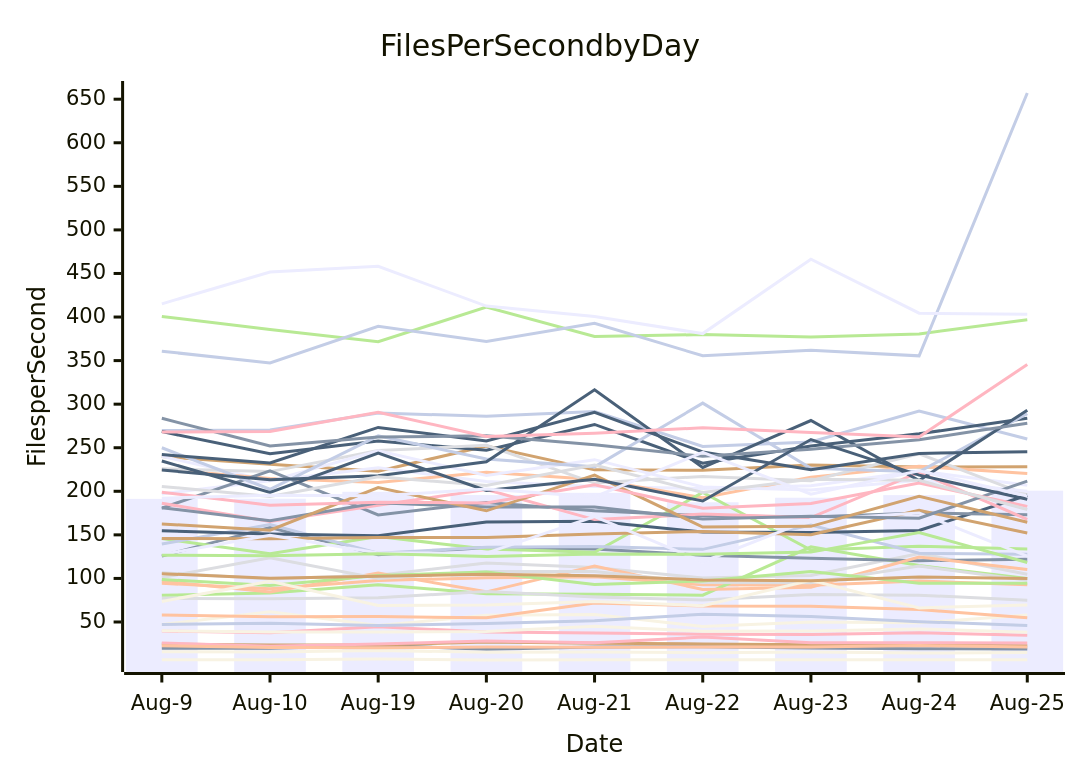
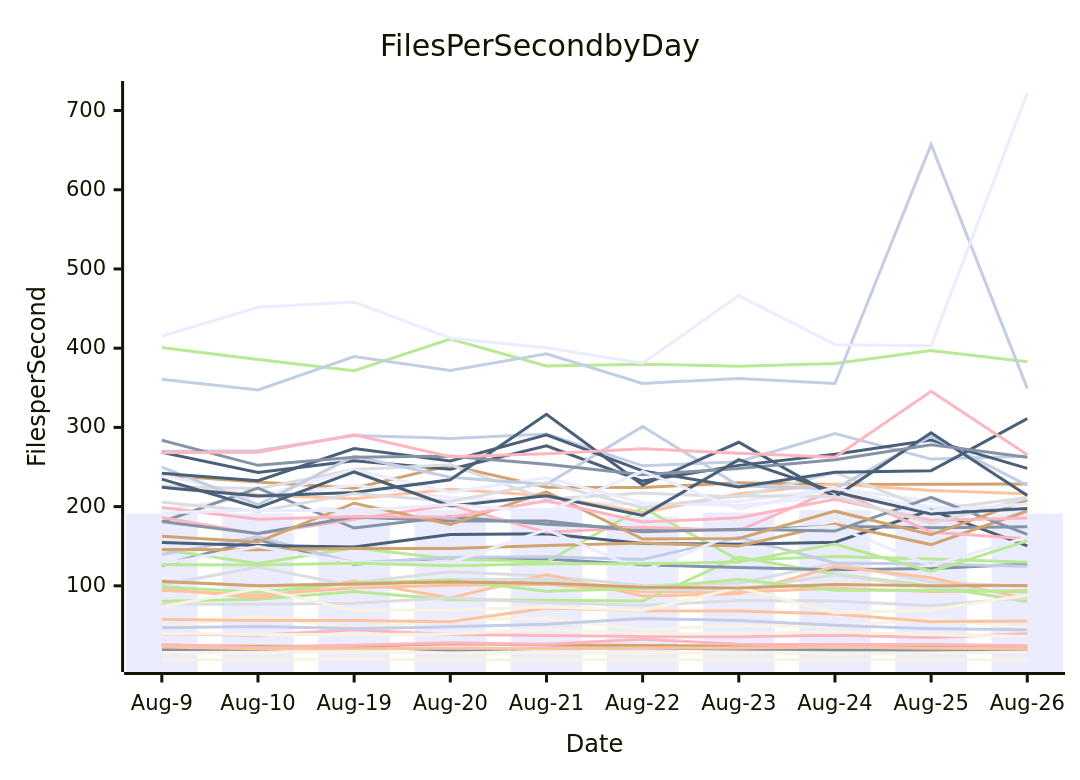
One commit to streetsidesoftware/cspell changed the diagram in perf-report.md. Above: the diagram before and after it, drawn with Mermaid. The commit also changed other lines of this file and 2 other files, not shown here.

````diff
--- a/perf-report.md
+++ b/perf-report.md
@@ -11,57 +11,57 @@
 ```mermaid
 xychart-beta
     title Files Per Second by Day
     y-axis Files per Second
-    x-axis Date [Aug-9, Aug-10, Aug-19, Aug-20, Aug-21, Aug-22, Aug-23, Aug-24, Aug-25]
-    bar [191.27, 191.48, 199.45, 195.67, 198.22, 187.40, 192.61, 195.61, 200.69]
-    line [19.76, 19.87, 23.15, 18.80, 21.30, 21.70, 20.11, 19.24, 18.97]
-    line [94.45, 88.13, 97.66, 100.71, 101.93, 92.80, 92.11, 97.07, 92.83]
-    line [106.66, 99.38, 103.80, 117.71, 112.47, 100.50, 103.30, 128.71, 104.89]
-    line [80.61, 83.15, 92.81, 82.44, 81.86, 80.75, 136.22, 114.72, 99.92]
-    line [239.79, 231.09, 223.10, 252.00, 224.60, 224.17, 230.06, 227.93, 228.22]
-    line [269.81, 270.47, 289.77, 286.14, 291.59, 251.52, 256.69, 292.19, 260.02]
-    line [39.52, 37.52, 44.46, 38.46, 37.42, 35.96, 35.65, 37.61, 34.82]
-    line [268.54, 243.09, 257.77, 247.18, 276.72, 232.23, 252.08, 266.01, 283.94]
-    line [6.78, 6.60, 7.51, 6.38, 6.72, 6.55, 6.77, 6.55, 6.58]
-    line [240.17, 211.99, 227.00, 211.38, 205.51, 203.10, 206.43, 223.33, 206.89]
-    line [125.68, 158.27, 127.25, 135.61, 133.76, 126.70, 123.28, 120.42, 121.90]
-    line [225.24, 214.74, 210.02, 221.88, 213.58, 192.56, 216.27, 228.68, 220.47]
-    line [225.91, 222.58, 246.74, 252.74, 209.47, 217.12, 212.13, 242.98, 195.81]
-    line [145.75, 128.32, 148.05, 133.76, 130.09, 198.58, 132.66, 136.89, 133.84]
-    line [24.65, 23.72, 23.68, 26.94, 25.51, 24.79, 23.76, 23.53, 22.75]
-    line [139.45, 161.93, 128.87, 135.71, 136.66, 133.36, 161.38, 128.87, 127.62]
-    line [25.95, 22.03, 24.86, 28.29, 26.21, 32.71, 26.20, 26.09, 26.00]
-    line [154.75, 150.93, 149.02, 164.86, 165.64, 153.35, 152.64, 155.02, 195.52]
-    line [15.80, 15.53, 17.25, 15.28, 15.49, 14.84, 15.46, 14.39, 15.01]
-    line [196.97, 211.99, 246.59, 218.10, 236.31, 204.94, 201.38, 212.81, 200.01]
-    line [180.75, 223.35, 172.94, 187.16, 177.68, 172.01, 170.49, 175.09, 173.22]
-    line [96.93, 84.41, 106.12, 84.61, 114.12, 87.31, 89.99, 124.55, 110.24]
-    line [77.16, 76.75, 77.91, 84.91, 78.76, 75.34, 81.46, 80.77, 74.97]
-    line [400.74, 385.62, 371.65, 411.46, 377.61, 379.88, 377.18, 380.64, 396.91]
-    line [145.79, 145.58, 147.10, 147.08, 151.07, 153.94, 150.27, 178.09, 152.08]
-    line [249.96, 202.34, 263.67, 236.99, 228.06, 301.20, 226.40, 222.40, 289.06]
-    line [186.27, 165.43, 184.07, 202.12, 167.51, 173.85, 169.85, 221.75, 167.75]
-    line [224.37, 213.27, 217.89, 233.79, 316.48, 227.32, 281.23, 212.31, 293.11]
-    line [47.00, 61.84, 45.89, 57.63, 58.67, 44.77, 49.92, 49.06, 57.90]
-    line [127.47, 149.55, 129.16, 129.10, 170.99, 119.13, 167.47, 175.06, 125.57]
-    line [181.18, 166.12, 186.93, 181.85, 181.88, 168.34, 171.35, 169.12, 211.70]
-    line [57.90, 56.15, 56.35, 54.76, 71.89, 68.47, 68.09, 64.39, 54.76]
-    line [101.07, 123.80, 99.87, 108.06, 107.98, 95.34, 94.96, 114.12, 97.84]
-    line [98.84, 91.76, 103.43, 107.49, 93.08, 97.11, 107.90, 94.53, 94.47]
-    line [162.48, 155.40, 204.32, 177.59, 218.64, 159.00, 159.79, 194.26, 164.45]
-    line [360.76, 347.31, 389.41, 371.89, 392.82, 355.53, 361.83, 355.43, 657.12]
-    line [198.91, 184.05, 187.41, 186.67, 207.48, 180.49, 185.92, 209.38, 182.67]
-    line [242.10, 232.62, 273.32, 257.69, 290.62, 245.10, 224.83, 243.49, 245.36]
-    line [73.60, 96.61, 68.89, 69.48, 73.38, 68.77, 97.84, 66.15, 69.59]
-    line [415.14, 451.69, 458.22, 412.53, 400.53, 380.98, 466.37, 404.40, 403.18]
-    line [283.77, 252.09, 262.36, 263.68, 253.37, 240.18, 248.22, 259.20, 278.18]
-    line [22.84, 20.59, 20.47, 21.22, 20.90, 21.42, 21.40, 22.88, 21.36]
-    line [205.56, 193.98, 216.67, 206.61, 230.20, 198.53, 213.69, 212.64, 179.07]
-    line [126.64, 126.17, 128.45, 125.27, 127.94, 127.77, 130.20, 152.67, 118.34]
-    line [105.46, 100.11, 102.43, 104.89, 103.21, 98.21, 97.36, 101.78, 100.00]
-    line [47.26, 48.66, 46.00, 48.26, 51.42, 58.83, 56.30, 50.38, 45.97]
-    line [268.09, 268.70, 290.78, 262.94, 266.60, 272.93, 267.45, 262.37, 345.57]
-    line [234.76, 198.61, 243.75, 200.90, 213.71, 188.91, 259.37, 218.53, 190.79]
-    line [39.98, 38.63, 38.64, 39.11, 45.24, 39.50, 39.66, 42.07, 38.23]
-    line [192.03, 195.48, 194.87, 202.54, 193.62, 244.63, 196.70, 223.56, 194.58]
+    x-axis Date [Aug-9, Aug-10, Aug-19, Aug-20, Aug-21, Aug-22, Aug-23, Aug-24, Aug-25, Aug-26]
+    bar [191.27, 191.48, 199.45, 195.67, 198.22, 187.40, 192.61, 195.61, 200.69, 191.21]
+    line [19.76, 19.87, 23.15, 18.80, 21.30, 21.70, 20.11, 19.24, 18.97, 18.60]
+    line [94.45, 88.13, 97.66, 100.71, 101.93, 92.80, 92.11, 97.07, 92.83, 94.21]
+    line [106.66, 99.38, 103.80, 117.71, 112.47, 100.50, 103.30, 128.71, 104.89, 99.29]
+    line [80.61, 83.15, 92.81, 82.44, 81.86, 80.75, 136.22, 114.72, 99.92, 80.06]
+    line [239.79, 231.09, 223.10, 252.00, 224.60, 224.17, 230.06, 227.93, 228.22, 228.65]
+    line [269.81, 270.47, 289.77, 286.14, 291.59, 251.52, 256.69, 292.19, 260.02, 263.43]
+    line [39.52, 37.52, 44.46, 38.46, 37.42, 35.96, 35.65, 37.61, 34.82, 39.63]
+    line [268.54, 243.09, 257.77, 247.18, 276.72, 232.23, 252.08, 266.01, 283.94, 248.34]
+    line [6.78, 6.60, 7.51, 6.38, 6.72, 6.55, 6.77, 6.55, 6.58, 6.59]
+    line [240.17, 211.99, 227.00, 211.38, 205.51, 203.10, 206.43, 223.33, 206.89, 190.22]
+    line [125.68, 158.27, 127.25, 135.61, 133.76, 126.70, 123.28, 120.42, 121.90, 127.45]
+    line [225.24, 214.74, 210.02, 221.88, 213.58, 192.56, 216.27, 228.68, 220.47, 216.37]
+    line [225.91, 222.58, 246.74, 252.74, 209.47, 217.12, 212.13, 242.98, 195.81, 211.42]
+    line [145.75, 128.32, 148.05, 133.76, 130.09, 198.58, 132.66, 136.89, 133.84, 129.75]
+    line [24.65, 23.72, 23.68, 26.94, 25.51, 24.79, 23.76, 23.53, 22.75, 23.51]
+    line [139.45, 161.93, 128.87, 135.71, 136.66, 133.36, 161.38, 128.87, 127.62, 124.67]
+    line [25.95, 22.03, 24.86, 28.29, 26.21, 32.71, 26.20, 26.09, 26.00, 24.23]
+    line [154.75, 150.93, 149.02, 164.86, 165.64, 153.35, 152.64, 155.02, 195.52, 150.49]
+    line [15.80, 15.53, 17.25, 15.28, 15.49, 14.84, 15.46, 14.39, 15.01, 16.42]
+    line [196.97, 211.99, 246.59, 218.10, 236.31, 204.94, 201.38, 212.81, 200.01, 195.01]
+    line [180.75, 223.35, 172.94, 187.16, 177.68, 172.01, 170.49, 175.09, 173.22, 174.63]
+    line [96.93, 84.41, 106.12, 84.61, 114.12, 87.31, 89.99, 124.55, 110.24, 83.67]
+    line [77.16, 76.75, 77.91, 84.91, 78.76, 75.34, 81.46, 80.77, 74.97, 84.82]
+    line [400.74, 385.62, 371.65, 411.46, 377.61, 379.88, 377.18, 380.64, 396.91, 382.80]
+    line [145.79, 145.58, 147.10, 147.08, 151.07, 153.94, 150.27, 178.09, 152.08, 194.45]
+    line [249.96, 202.34, 263.67, 236.99, 228.06, 301.20, 226.40, 222.40, 289.06, 226.80]
+    line [186.27, 165.43, 184.07, 202.12, 167.51, 173.85, 169.85, 221.75, 167.75, 159.31]
+    line [224.37, 213.27, 217.89, 233.79, 316.48, 227.32, 281.23, 212.31, 293.11, 214.05]
+    line [47.00, 61.84, 45.89, 57.63, 58.67, 44.77, 49.92, 49.06, 57.90, 47.24]
+    line [127.47, 149.55, 129.16, 129.10, 170.99, 119.13, 167.47, 175.06, 125.57, 161.32]
+    line [181.18, 166.12, 186.93, 181.85, 181.88, 168.34, 171.35, 169.12, 211.70, 164.93]
+    line [57.90, 56.15, 56.35, 54.76, 71.89, 68.47, 68.09, 64.39, 54.76, 55.76]
+    line [101.07, 123.80, 99.87, 108.06, 107.98, 95.34, 94.96, 114.12, 97.84, 91.84]
+    line [98.84, 91.76, 103.43, 107.49, 93.08, 97.11, 107.90, 94.53, 94.47, 92.63]
+    line [162.48, 155.40, 204.32, 177.59, 218.64, 159.00, 159.79, 194.26, 164.45, 208.14]
+    line [360.76, 347.31, 389.41, 371.89, 392.82, 355.53, 361.83, 355.43, 657.12, 349.27]
+    line [198.91, 184.05, 187.41, 186.67, 207.48, 180.49, 185.92, 209.38, 182.67, 185.76]
+    line [242.10, 232.62, 273.32, 257.69, 290.62, 245.10, 224.83, 243.49, 245.36, 311.06]
+    line [73.60, 96.61, 68.89, 69.48, 73.38, 68.77, 97.84, 66.15, 69.59, 88.48]
+    line [415.14, 451.69, 458.22, 412.53, 400.53, 380.98, 466.37, 404.40, 403.18, 722.14]
+    line [283.77, 252.09, 262.36, 263.68, 253.37, 240.18, 248.22, 259.20, 278.18, 262.46]
+    line [22.84, 20.59, 20.47, 21.22, 20.90, 21.42, 21.40, 22.88, 21.36, 20.63]
+    line [205.56, 193.98, 216.67, 206.61, 230.20, 198.53, 213.69, 212.64, 179.07, 210.76]
+    line [126.64, 126.17, 128.45, 125.27, 127.94, 127.77, 130.20, 152.67, 118.34, 156.81]
+    line [105.46, 100.11, 102.43, 104.89, 103.21, 98.21, 97.36, 101.78, 100.00, 100.54]
+    line [47.26, 48.66, 46.00, 48.26, 51.42, 58.83, 56.30, 50.38, 45.97, 44.56]
+    line [268.09, 268.70, 290.78, 262.94, 266.60, 272.93, 267.45, 262.37, 345.57, 265.40]
+    line [234.76, 198.61, 243.75, 200.90, 213.71, 188.91, 259.37, 218.53, 190.79, 197.62]
+    line [39.98, 38.63, 38.64, 39.11, 45.24, 39.50, 39.66, 42.07, 38.23, 36.39]
+    line [192.03, 195.48, 194.87, 202.54, 193.62, 244.63, 196.70, 223.56, 194.58, 203.27]
 ```
````
